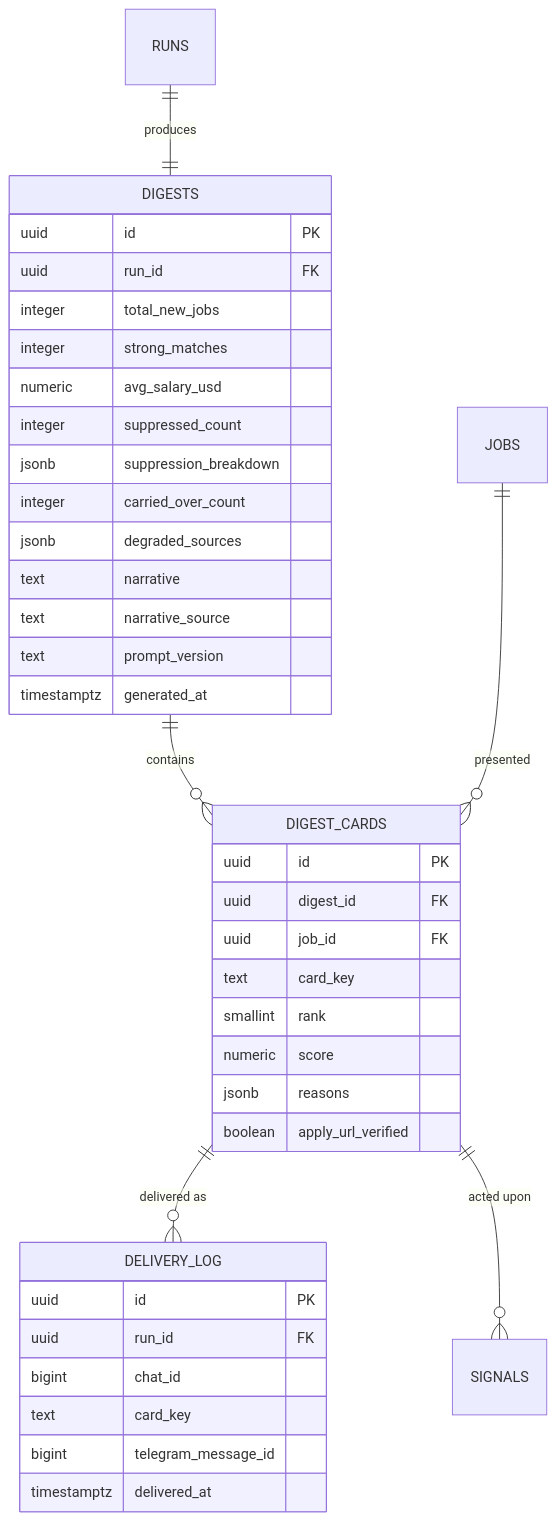
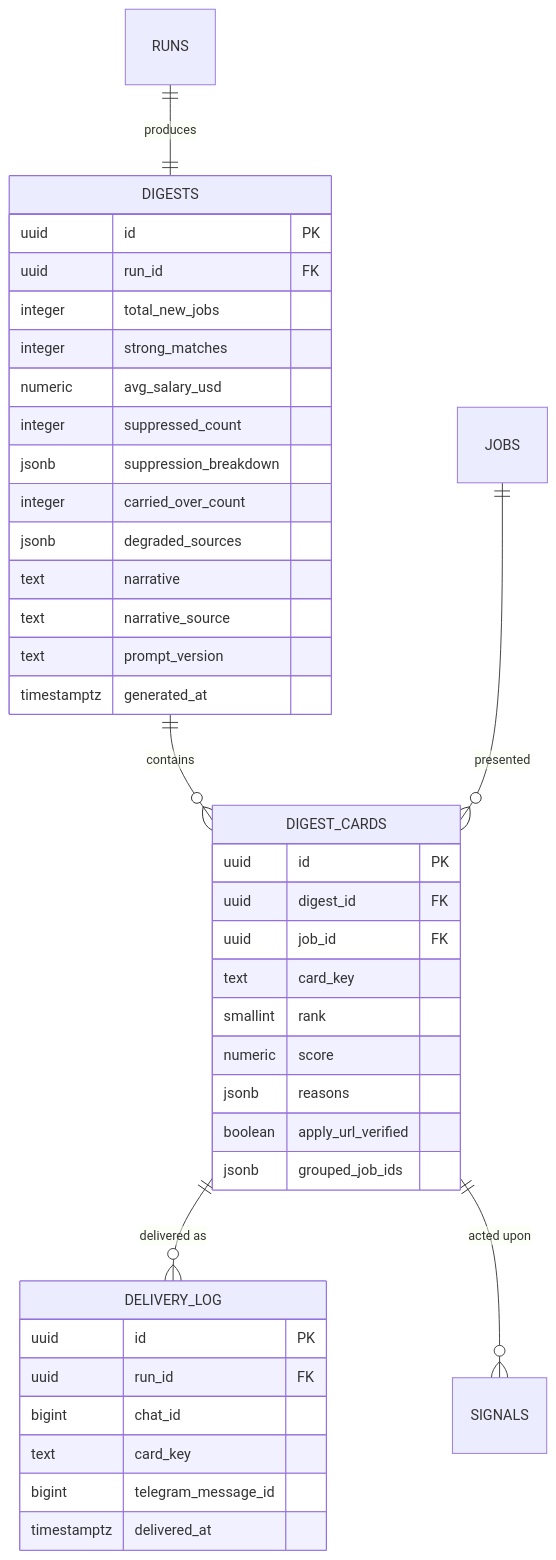
The diagram in docs/features/f5-daily-digest-telegram/data-model.md (HeliosPersonal/jobhunter), drawn with Mermaid before and after one commit. The commit also changed other lines of this file and 16 other files, not shown here.

````diff
--- a/docs/features/f5-daily-digest-telegram/data-model.md
+++ b/docs/features/f5-daily-digest-telegram/data-model.md
@@ -20,41 +20,42 @@
 ```mermaid
 erDiagram
   RUNS ||--|| DIGESTS : produces
   DIGESTS ||--o{ DIGEST_CARDS : contains
   DIGEST_CARDS ||--o{ DELIVERY_LOG : "delivered as"
   JOBS ||--o{ DIGEST_CARDS : presented
   DIGEST_CARDS ||--o{ SIGNALS : "acted upon"
   DIGESTS {
     uuid id PK
     uuid run_id FK
     integer total_new_jobs
     integer strong_matches
     numeric avg_salary_usd
     integer suppressed_count
     jsonb suppression_breakdown
     integer carried_over_count
     jsonb degraded_sources
     text narrative
     text narrative_source
     text prompt_version
     timestamptz generated_at
   }
   DIGEST_CARDS {
     uuid id PK
     uuid digest_id FK
     uuid job_id FK
     text card_key
     smallint rank
     numeric score
     jsonb reasons
     boolean apply_url_verified
+    jsonb grouped_job_ids
   }
   DELIVERY_LOG {
     uuid id PK
     uuid run_id FK
     bigint chat_id
     text card_key
     bigint telegram_message_id
     timestamptz delivered_at
   }
 ```
````
